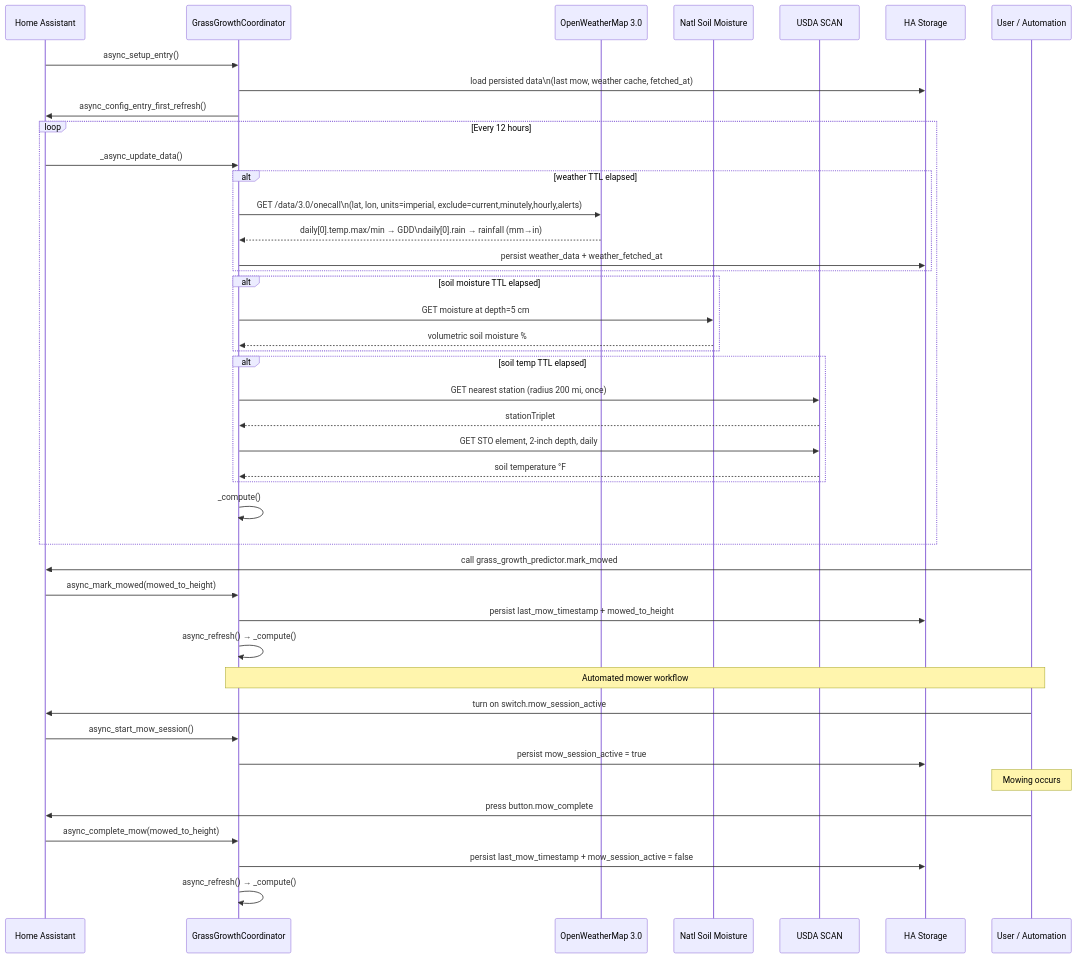
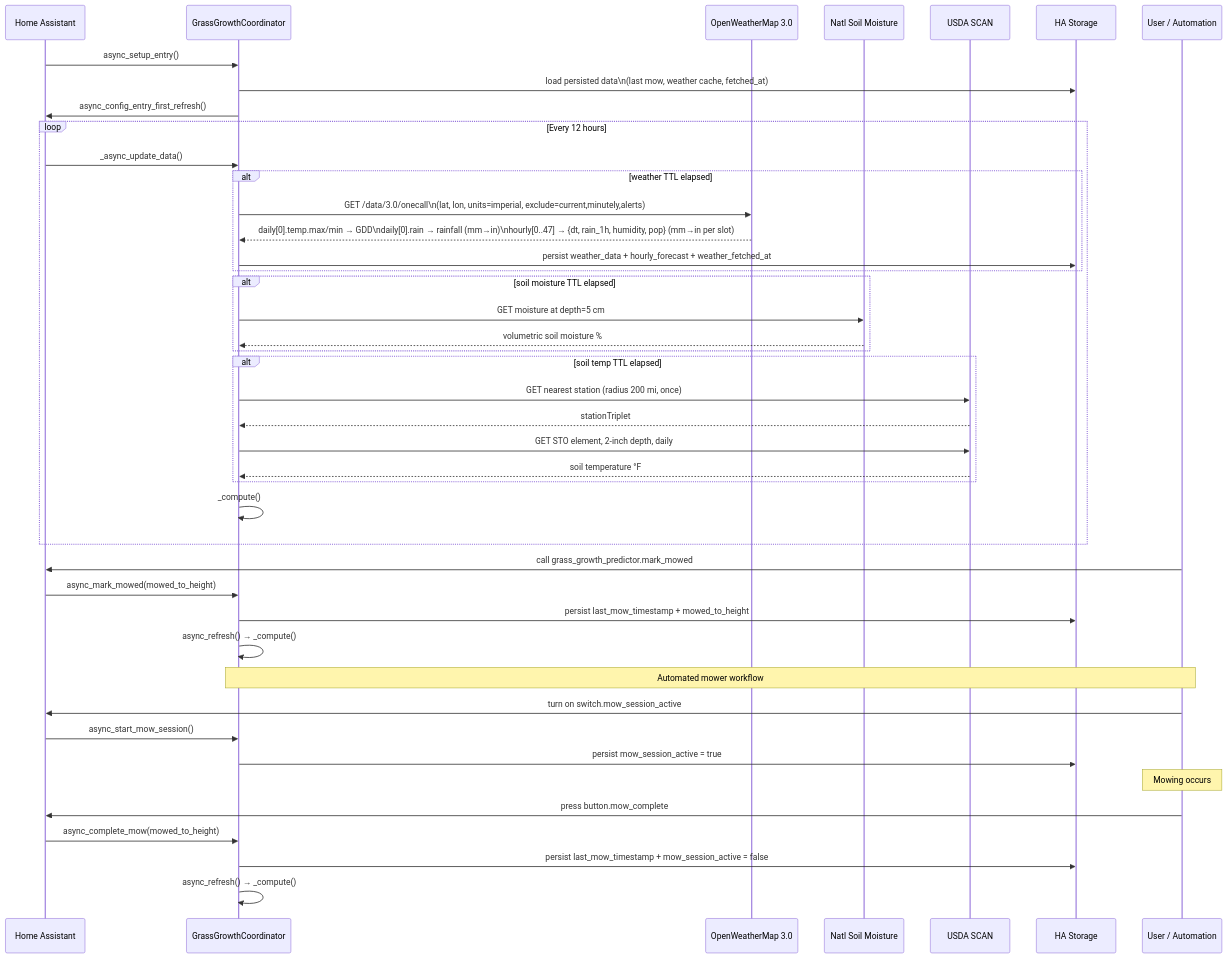
Before and after one commit to seanmahrt/hacs_grass_estimator: the second of 3 diagrams in ARCHITECTURE.md, drawn with Mermaid. The commit also changed other lines of this file and 9 other files, not shown here.

````diff
--- a/ARCHITECTURE.md
+++ b/ARCHITECTURE.md
@@ -93,49 +96,49 @@
 ```mermaid
 sequenceDiagram
     participant HA as Home Assistant
     participant Coord as GrassGrowthCoordinator
     participant OWM as OpenWeatherMap 3.0
     participant NSM as Natl Soil Moisture
     participant SCAN as USDA SCAN
     participant Store as HA Storage
 
     HA->>Coord: async_setup_entry()
     Coord->>Store: load persisted data\n(last mow, weather cache, fetched_at)
     Coord->>HA: async_config_entry_first_refresh()
 
     loop Every 12 hours
         HA->>Coord: _async_update_data()
         alt weather TTL elapsed
-            Coord->>OWM: GET /data/3.0/onecall\n(lat, lon, units=imperial, exclude=current,minutely,hourly,alerts)
-            OWM-->>Coord: daily[0].temp.max/min → GDD\ndaily[0].rain → rainfall (mm→in)
-            Coord->>Store: persist weather_data + weather_fetched_at
+            Coord->>OWM: GET /data/3.0/onecall\n(lat, lon, units=imperial, exclude=current,minutely,alerts)
+            OWM-->>Coord: daily[0].temp.max/min → GDD\ndaily[0].rain → rainfall (mm→in)\nhourly[0..47] → {dt, rain_1h, humidity, pop} (mm→in per slot)
+            Coord->>Store: persist weather_data + hourly_forecast + weather_fetched_at
         end
         alt soil moisture TTL elapsed
             Coord->>NSM: GET moisture at depth=5 cm
             NSM-->>Coord: volumetric soil moisture %
         end
         alt soil temp TTL elapsed
             Coord->>SCAN: GET nearest station (radius 200 mi, once)
             SCAN-->>Coord: stationTriplet
             Coord->>SCAN: GET STO element, 2-inch depth, daily
             SCAN-->>Coord: soil temperature °F
         end
         Coord->>Coord: _compute()
     end
 
     participant User as User / Automation
     User->>HA: call grass_growth_predictor.mark_mowed
     HA->>Coord: async_mark_mowed(mowed_to_height)
     Coord->>Store: persist last_mow_timestamp + mowed_to_height
     Coord->>Coord: async_refresh() → _compute()
 
     note over User,Coord: Automated mower workflow
     User->>HA: turn on switch.mow_session_active
     HA->>Coord: async_start_mow_session()
     Coord->>Store: persist mow_session_active = true
     note over User: Mowing occurs
     User->>HA: press button.mow_complete
     HA->>Coord: async_complete_mow(mowed_to_height)
     Coord->>Store: persist last_mow_timestamp + mow_session_active = false
     Coord->>Coord: async_refresh() → _compute()
 ```
````
